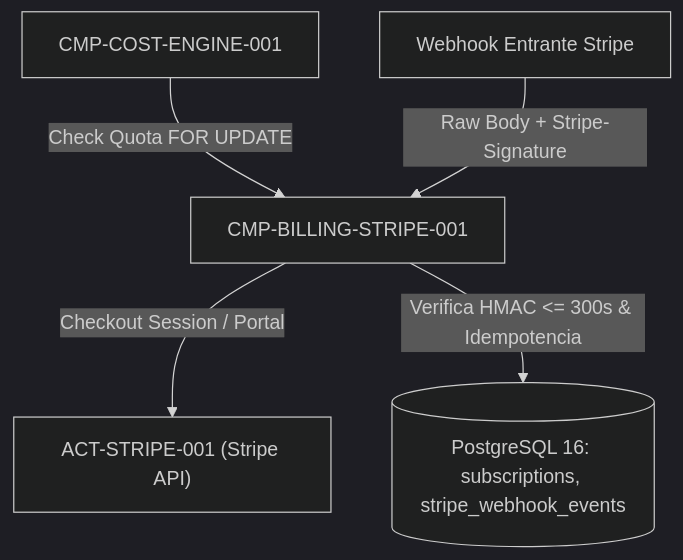
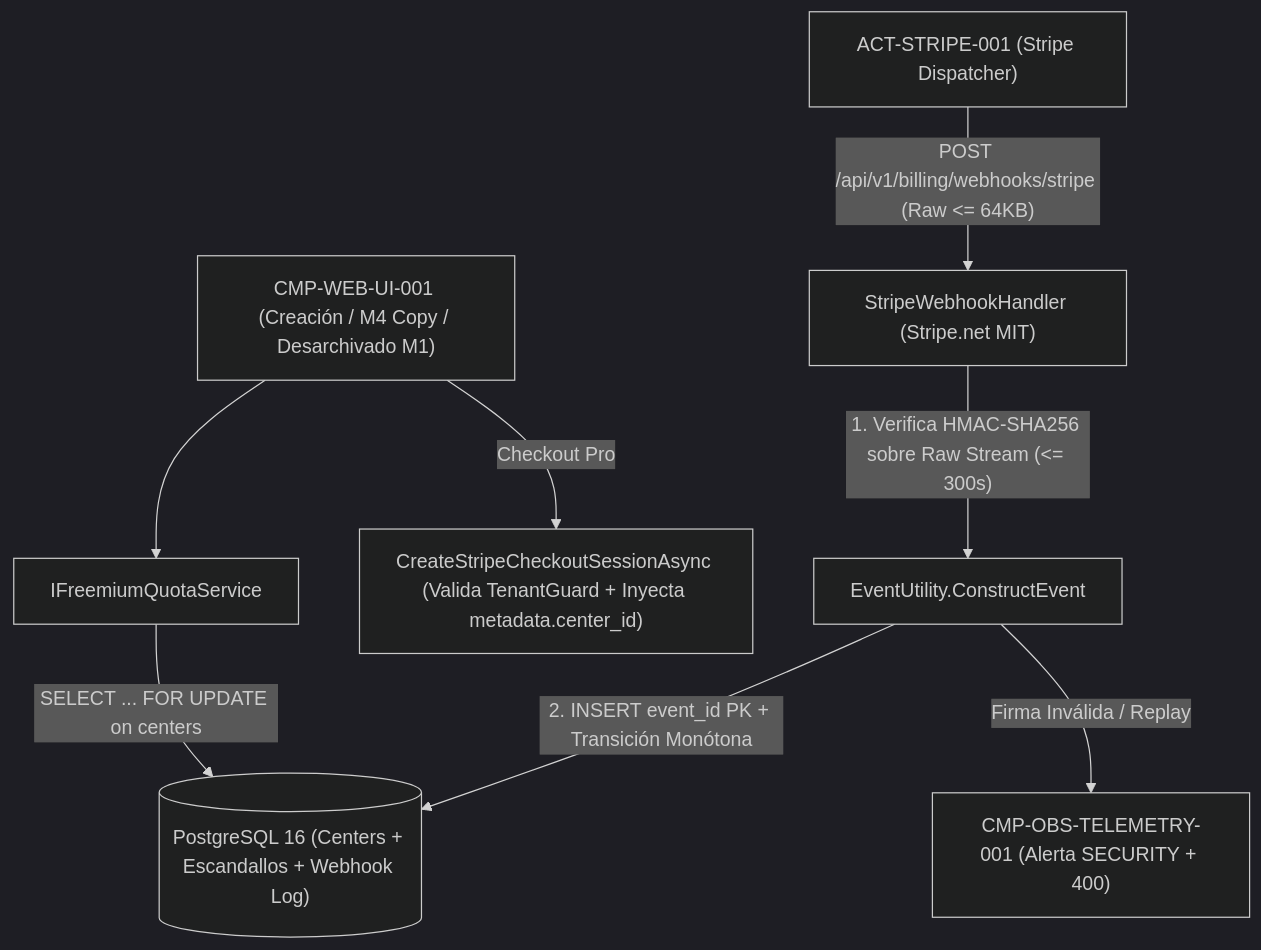
Before and after one commit to altromon/Escandallo: the diagram in specs/architecture/components/cmp-billing-stripe-001.md, drawn with Mermaid (dark theme). The commit also changed other lines of this file and 125 other files, not shown here.

````diff
--- a/specs/architecture/components/cmp-billing-stripe-001.md
+++ b/specs/architecture/components/cmp-billing-stripe-001.md
@@ -51,7 +37,11 @@
 ```mermaid
 graph TD
-    Engine["CMP-COST-ENGINE-001"] -->|Check Quota FOR UPDATE| Bill["CMP-BILLING-STRIPE-001"]
-    Bill -->|Checkout Session / Portal| StripeAPI["ACT-STRIPE-001 (Stripe API)"]
-    StripeWebhook["Webhook Entrante Stripe"] -->|Raw Body + Stripe-Signature| Bill
-    Bill -->|Verifica HMAC <= 300s & Idempotencia| DB[("PostgreSQL 16: subscriptions, stripe_webhook_events")]
+    UI["CMP-WEB-UI-001 (Creación / M4 Copy / Desarchivado M1)"] --> QuotaSvc["IFreemiumQuotaService"]
+    QuotaSvc -->|"SELECT ... FOR UPDATE on centers"| Postgres[("PostgreSQL 16 (Centers + Escandallos + Webhook Log)")]
+    UI -->|"Checkout Pro"| CheckoutSvc["CreateStripeCheckoutSessionAsync (Valida TenantGuard + Inyecta metadata.center_id)"]
+
+    Stripe["ACT-STRIPE-001 (Stripe Dispatcher)"] -->|"POST /api/v1/billing/webhooks/stripe (Raw <= 64KB)"| WebhookEp["StripeWebhookHandler (Stripe.net MIT)"]
+    WebhookEp -->|"1. Verifica HMAC-SHA256 sobre Raw Stream (<= 300s)"| SigCheck["EventUtility.ConstructEvent"]
+    SigCheck -->|"2. INSERT event_id PK + Transición Monótona"| Postgres
+    SigCheck -->|"Firma Inválida / Replay"| Obs["CMP-OBS-TELEMETRY-001 (Alerta SECURITY + 400)"]
 ```
````
